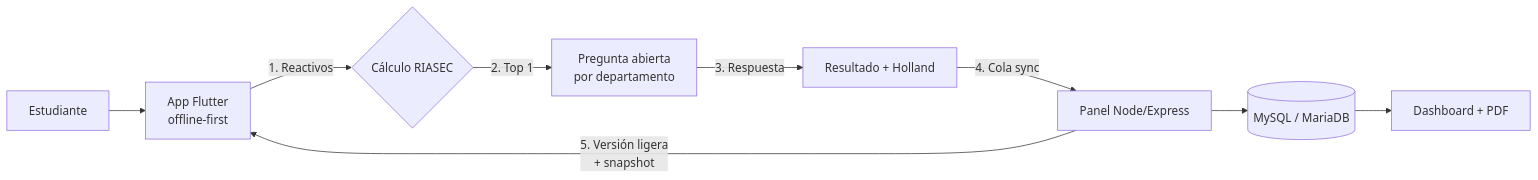
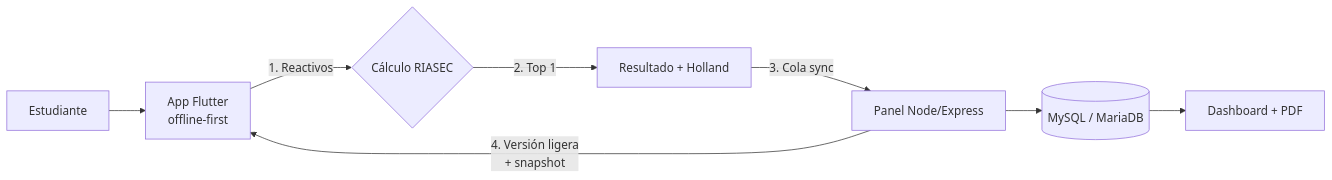
The diagram in README.md (Maeliodas/MY.01_PROYECTOS.03_EXTERNOS.01_AEVUM_ITER_FULL.01_AEVUM_ITER01_INNOVATEC_2026.01_AEVUM_ITER), drawn with Mermaid before and after one commit. The commit also changed other lines of this file and 14 other files, not shown here.

````diff
--- a/README.md
+++ b/README.md
@@ -55,11 +54,10 @@
 ```mermaid
 flowchart LR
     E[Estudiante] --> A[App Flutter<br/>offline-first]
     A -->|1. Reactivos| C{Cálculo RIASEC}
-    C -->|2. Top 1| P[Pregunta abierta<br/>por departamento]
-    P -->|3. Respuesta| R[Resultado + Holland]
-    R -->|4. Cola sync| N[Panel Node/Express]
+    C -->|2. Top 1| R[Resultado + Holland]
+    R -->|3. Cola sync| N[Panel Node/Express]
     N --> M[(MySQL / MariaDB)]
     M --> D[Dashboard + PDF]
-    N -->|5. Versión ligera<br/>+ snapshot| A
+    N -->|4. Versión ligera<br/>+ snapshot| A
 ```
````
